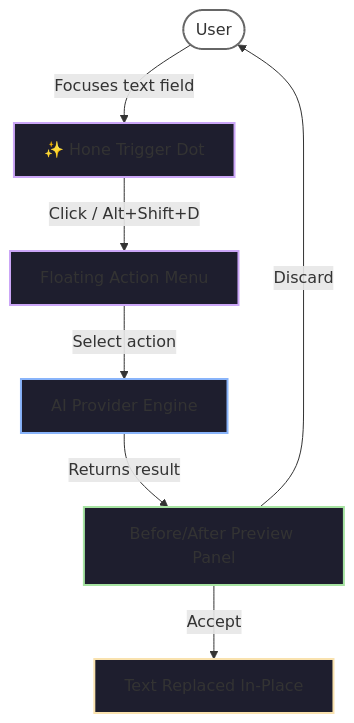
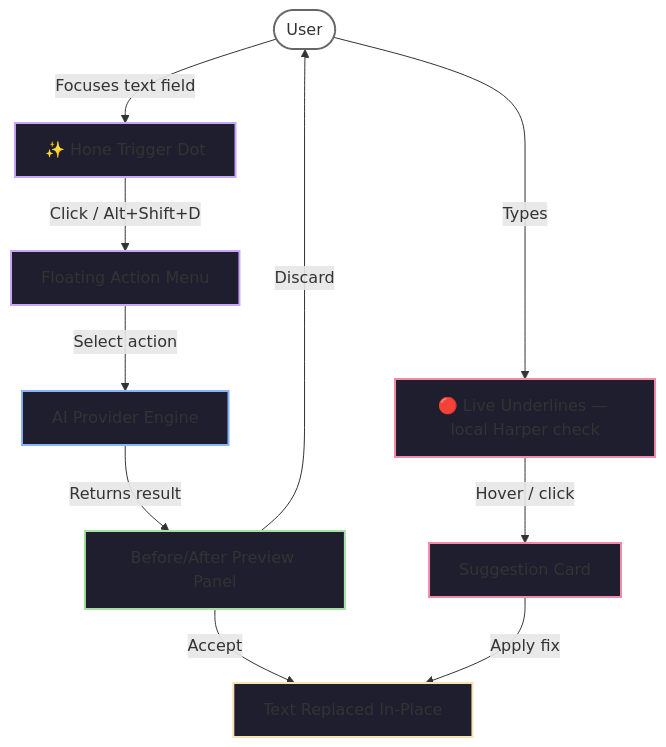
Before and after one commit to rabden/hone-compose: the diagram in README.md, drawn with Mermaid. The commit also changed other lines of this file and 2 other files, not shown here.

````diff
--- a/README.md
+++ b/README.md
@@ -145,16 +145,21 @@
 ```mermaid
 graph TD
     User([User]) -->|Focuses text field| Trigger[✨ Hone Trigger Dot]
     Trigger -->|Click / Alt+Shift+D| Menu[Floating Action Menu]
     Menu -->|Select action| Engine[AI Provider Engine]
     Engine -->|Returns result| Preview[Before/After Preview Panel]
     Preview -->|Accept| Replace[Text Replaced In-Place]
     Preview -->|Discard| User
+    User -->|Types| Underline[🔴 Live Underlines — local Harper check]
+    Underline -->|Hover / click| Card[Suggestion Card]
+    Card -->|Apply fix| Replace
 
     style User fill:none,stroke:#666,stroke-width:2
     style Trigger fill:#1e1e2e,stroke:#cba6f7,stroke-width:2
     style Menu fill:#1e1e2e,stroke:#cba6f7,stroke-width:2
     style Engine fill:#1e1e2e,stroke:#89b4fa,stroke-width:2
     style Preview fill:#1e1e2e,stroke:#a6e3a1,stroke-width:2
     style Replace fill:#1e1e2e,stroke:#f9e2af,stroke-width:2
+    style Underline fill:#1e1e2e,stroke:#f38ba8,stroke-width:2
+    style Card fill:#1e1e2e,stroke:#f38ba8,stroke-width:2
 ```
````
